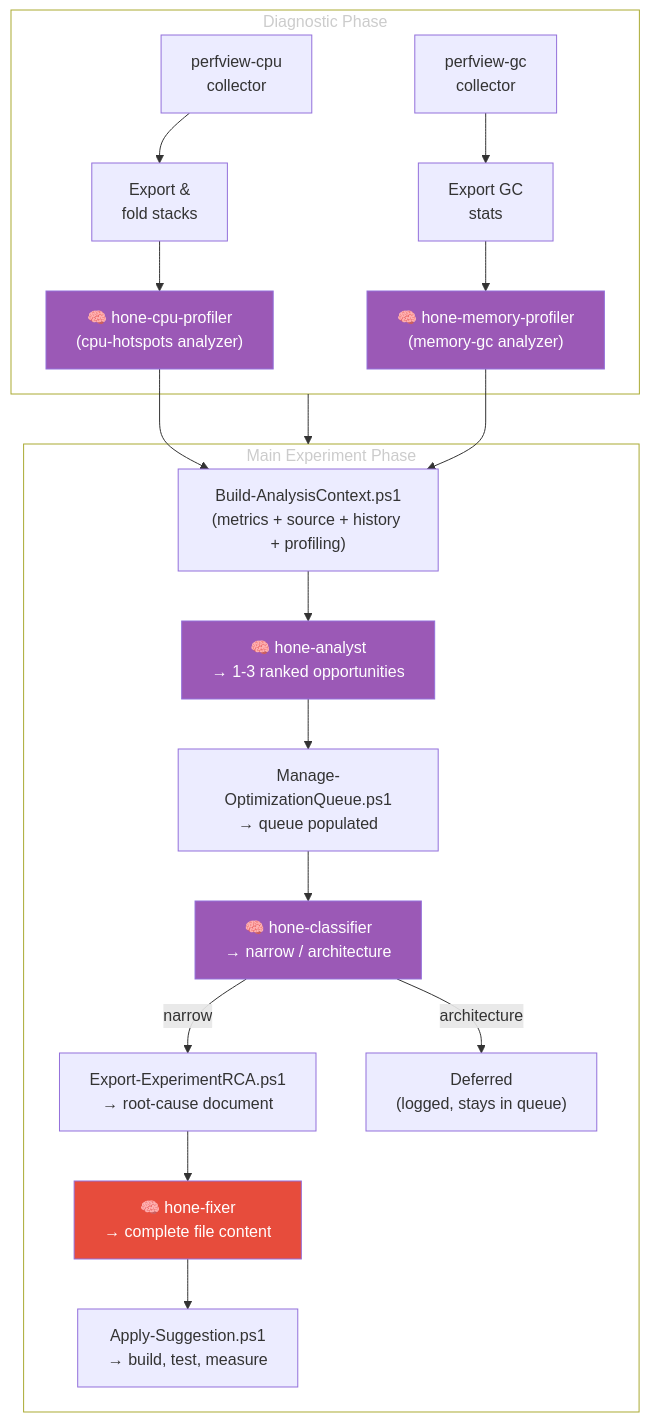
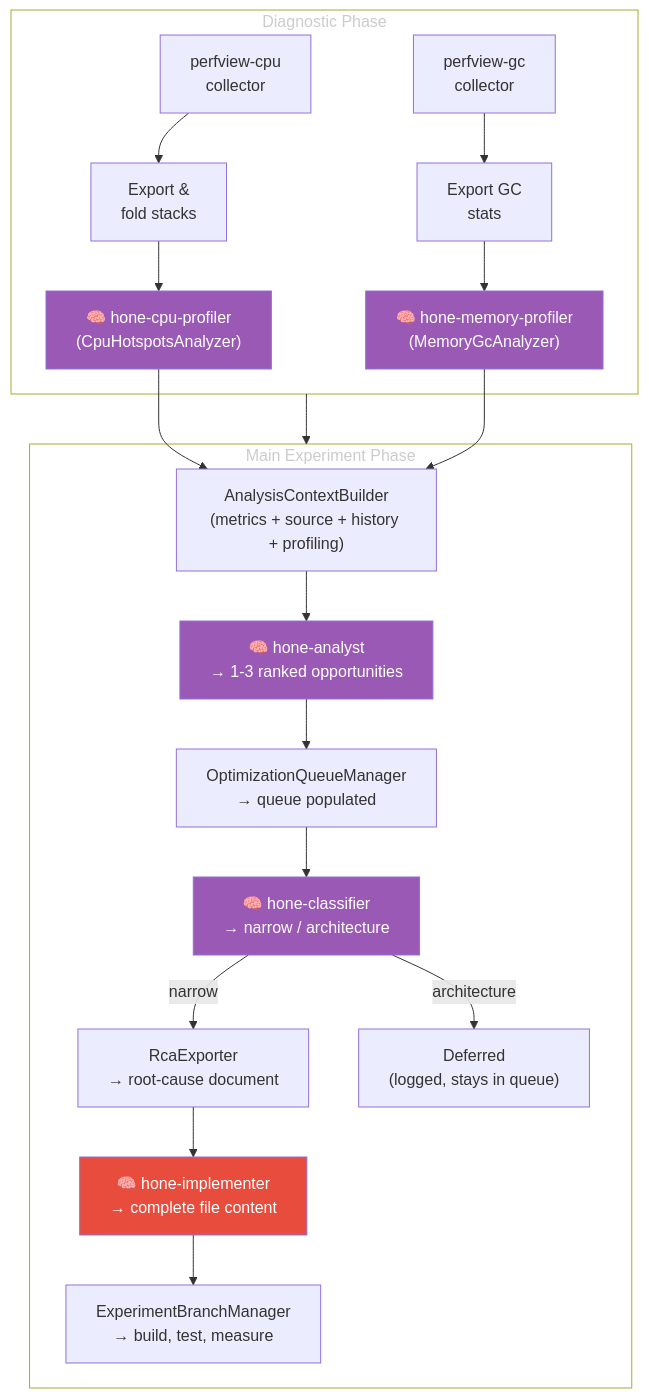
The diagram in docs/agent-designs.md (J-Bax/Hone), drawn with Mermaid before and after one commit. The commit also changed other lines of this file and 187 other files, not shown here.

````diff
--- a/docs/agent-designs.md
+++ b/docs/agent-designs.md
@@ -11,31 +11,31 @@
 ```mermaid
 flowchart TD
     subgraph DIAGNOSTIC["Diagnostic Phase"]
         PV_CPU["perfview-cpu<br/>collector"] --> EXP_CPU["Export &<br/>fold stacks"]
         PV_GC["perfview-gc<br/>collector"] --> EXP_GC["Export GC<br/>stats"]
-        EXP_CPU --> CPU_AGENT["🧠 hone-cpu-profiler<br/>(cpu-hotspots analyzer)"]
-        EXP_GC --> MEM_AGENT["🧠 hone-memory-profiler<br/>(memory-gc analyzer)"]
+        EXP_CPU --> CPU_AGENT["🧠 hone-cpu-profiler<br/>(CpuHotspotsAnalyzer)"]
+        EXP_GC --> MEM_AGENT["🧠 hone-memory-profiler<br/>(MemoryGcAnalyzer)"]
     end
 
     subgraph MAIN["Main Experiment Phase"]
-        CPU_AGENT --> CONTEXT["Build-AnalysisContext.ps1<br/>(metrics + source + history + profiling)"]
+        CPU_AGENT --> CONTEXT["AnalysisContextBuilder<br/>(metrics + source + history + profiling)"]
         MEM_AGENT --> CONTEXT
         CONTEXT --> ANALYST["🧠 hone-analyst<br/>→ 1-3 ranked opportunities"]
-        ANALYST --> QUEUE["Manage-OptimizationQueue.ps1<br/>→ queue populated"]
+        ANALYST --> QUEUE["OptimizationQueueManager<br/>→ queue populated"]
         QUEUE --> CLASSIFIER["🧠 hone-classifier<br/>→ narrow / architecture"]
-        CLASSIFIER -->|narrow| RCA["Export-ExperimentRCA.ps1<br/>→ root-cause document"]
-        RCA --> FIXER["🧠 hone-fixer<br/>→ complete file content"]
-        FIXER --> APPLY["Apply-Suggestion.ps1<br/>→ build, test, measure"]
+        CLASSIFIER -->|narrow| RCA["RcaExporter<br/>→ root-cause document"]
+        RCA --> IMPLEMENTER["🧠 hone-implementer<br/>→ complete file content"]
+        IMPLEMENTER --> APPLY["ExperimentBranchManager<br/>→ build, test, measure"]
         CLASSIFIER -->|architecture| SKIP["Deferred<br/>(logged, stays in queue)"]
     end
 
     DIAGNOSTIC --> MAIN
 
     style DIAGNOSTIC fill:transparent,color:#ccc
     style MAIN fill:transparent,color:#ccc
     style CPU_AGENT fill:#9b59b6,color:#fff
     style MEM_AGENT fill:#9b59b6,color:#fff
     style ANALYST fill:#9b59b6,color:#fff
     style CLASSIFIER fill:#9b59b6,color:#fff
-    style FIXER fill:#e74c3c,color:#fff
+    style IMPLEMENTER fill:#e74c3c,color:#fff
 ```
````
